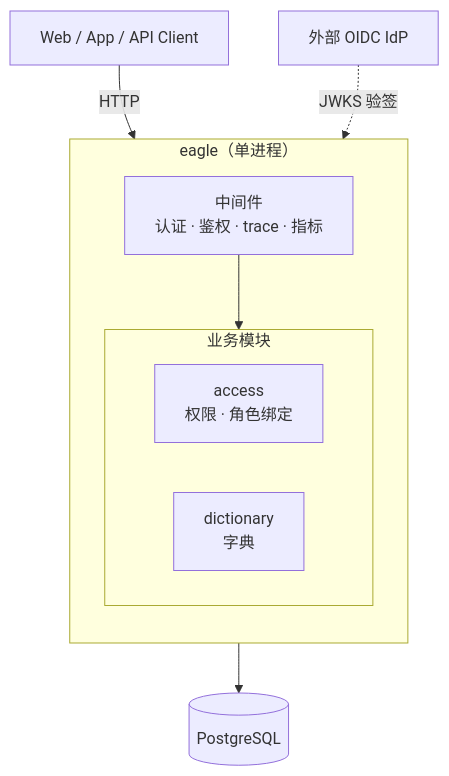
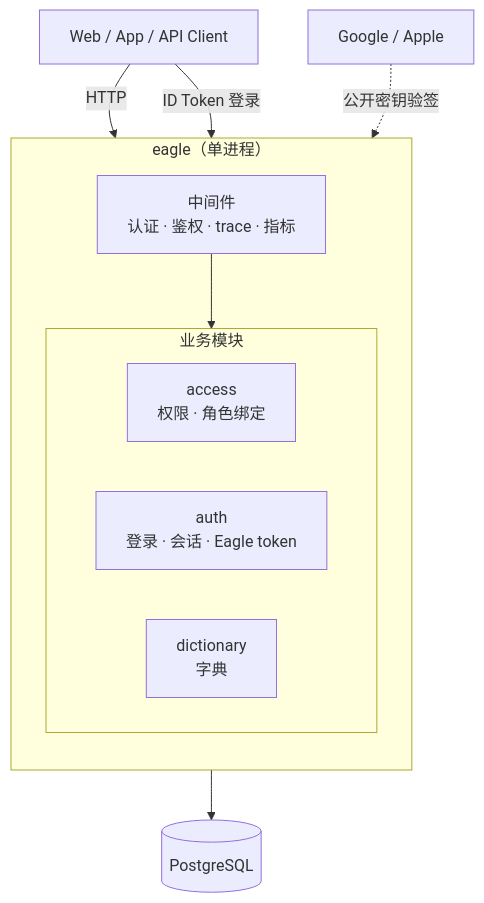
One commit to sunshixiong789/eagle-go changed the diagram in README.md. Above: the diagram before and after it, drawn with Mermaid. The commit also changed other lines of this file and 13 other files, not shown here.

Commit message:
docs: align scaffold with local auth architecture

````diff
--- a/README.md
+++ b/README.md
@@ -19,22 +20,24 @@
 ```mermaid
 flowchart TB
     client["Web / App / API Client"]
 
     subgraph eagle ["eagle（单进程）"]
         direction TB
         middleware["中间件<br/>认证 · 鉴权 · trace · 指标"]
         subgraph modules [业务模块]
             direction LR
             access["access<br/>权限 · 角色绑定"]
+            auth["auth<br/>登录 · 会话 · Eagle token"]
             dictionary["dictionary<br/>字典"]
         end
     end
 
-    idp["外部 OIDC IdP"]
+    idp["Google / Apple"]
     db[(PostgreSQL)]
 
     client -->|HTTP| middleware
     middleware --> modules
-    idp -.->|JWKS 验签| middleware
+    client -->|ID Token 登录| auth
+    idp -.->|公开密钥验签| auth
     modules --> db
 ```
````
